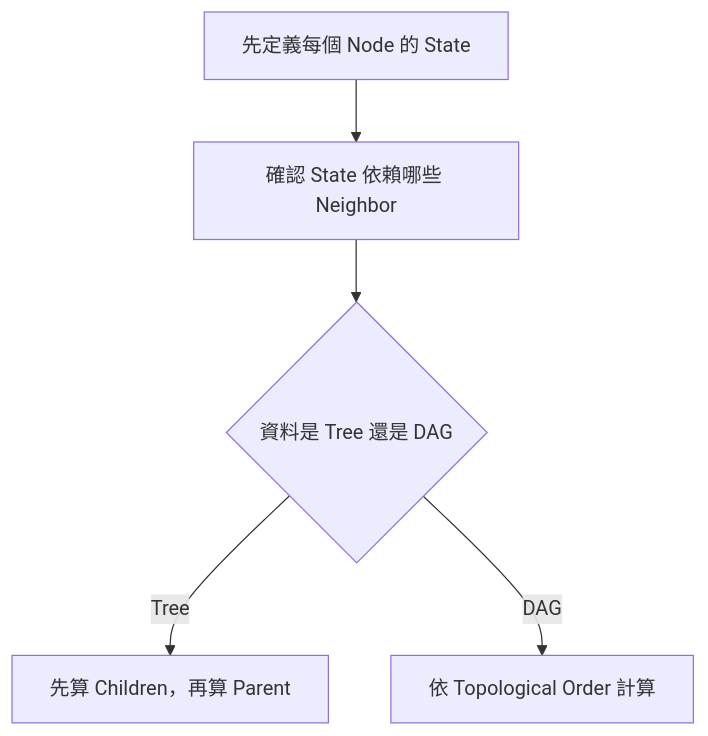
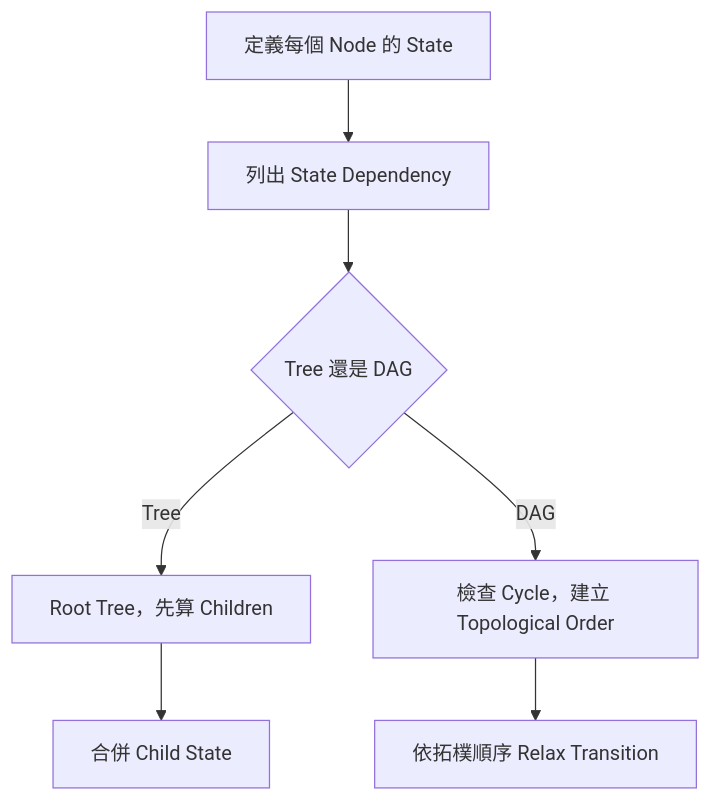
The first of 5 diagrams in 09_dynamic_programming/43_tree_dag_dp.md (davidchen0970/algorithm_note), drawn with Mermaid before and after one commit. The commit also changed other lines of this file and 1 other file, not shown here.

````diff
--- a/09_dynamic_programming/43_tree_dag_dp.md
+++ b/09_dynamic_programming/43_tree_dag_dp.md
@@ -18,7 +27,9 @@
 ```mermaid
 flowchart TD
-    A["先定義每個 Node 的 State"] --> B["確認 State 依賴哪些 Neighbor"]
-    B --> C{"資料是 Tree 還是 DAG"}
-    C -->|Tree| D["先算 Children，再算 Parent"]
-    C -->|DAG| E["依 Topological Order 計算"]
+    A["定義每個 Node 的 State"] --> B["列出 State Dependency"]
+    B --> C{"Tree 還是 DAG"}
+    C -->|Tree| D["Root Tree，先算 Children"]
+    C -->|DAG| E["檢查 Cycle，建立 Topological Order"]
+    D --> F["合併 Child State"]
+    E --> G["依拓樸順序 Relax Transition"]
 ```
````
